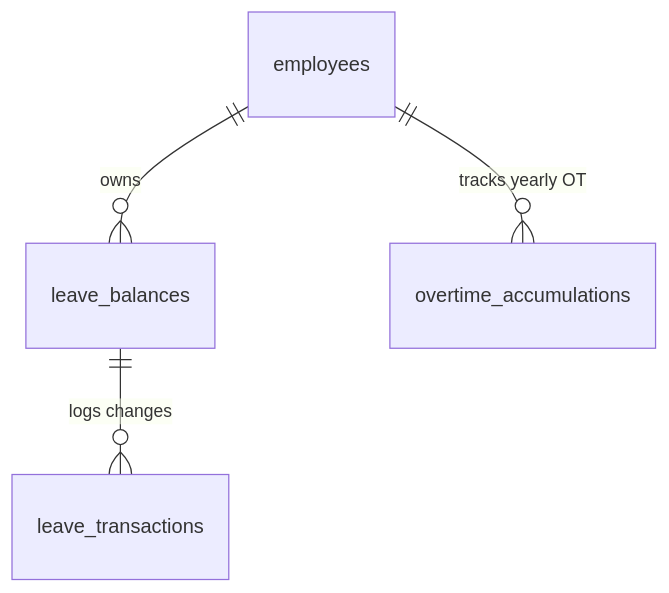
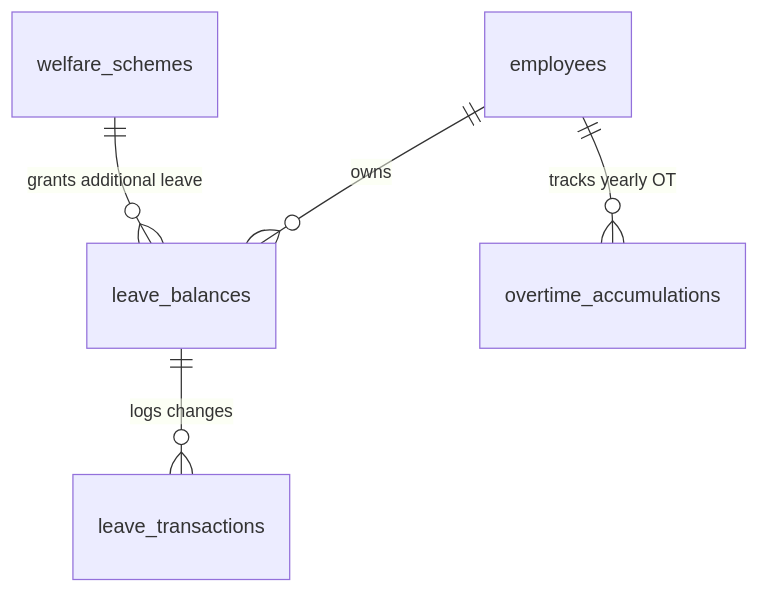
The diagram in docs/modules/05_leave_policy.md (hungpd9/smartHr), drawn with Mermaid before and after one commit. The commit also changed other lines of this file and 107 other files, not shown here.

````diff
--- a/docs/modules/05_leave_policy.md
+++ b/docs/modules/05_leave_policy.md
@@ -40,6 +41,7 @@
 ```mermaid
 erDiagram
     employees ||--o{ leave_balances : "owns"
     leave_balances ||--o{ leave_transactions : "logs changes"
     employees ||--o{ overtime_accumulations : "tracks yearly OT"
+    welfare_schemes ||--o{ leave_balances : "grants additional leave"
 ```
````
